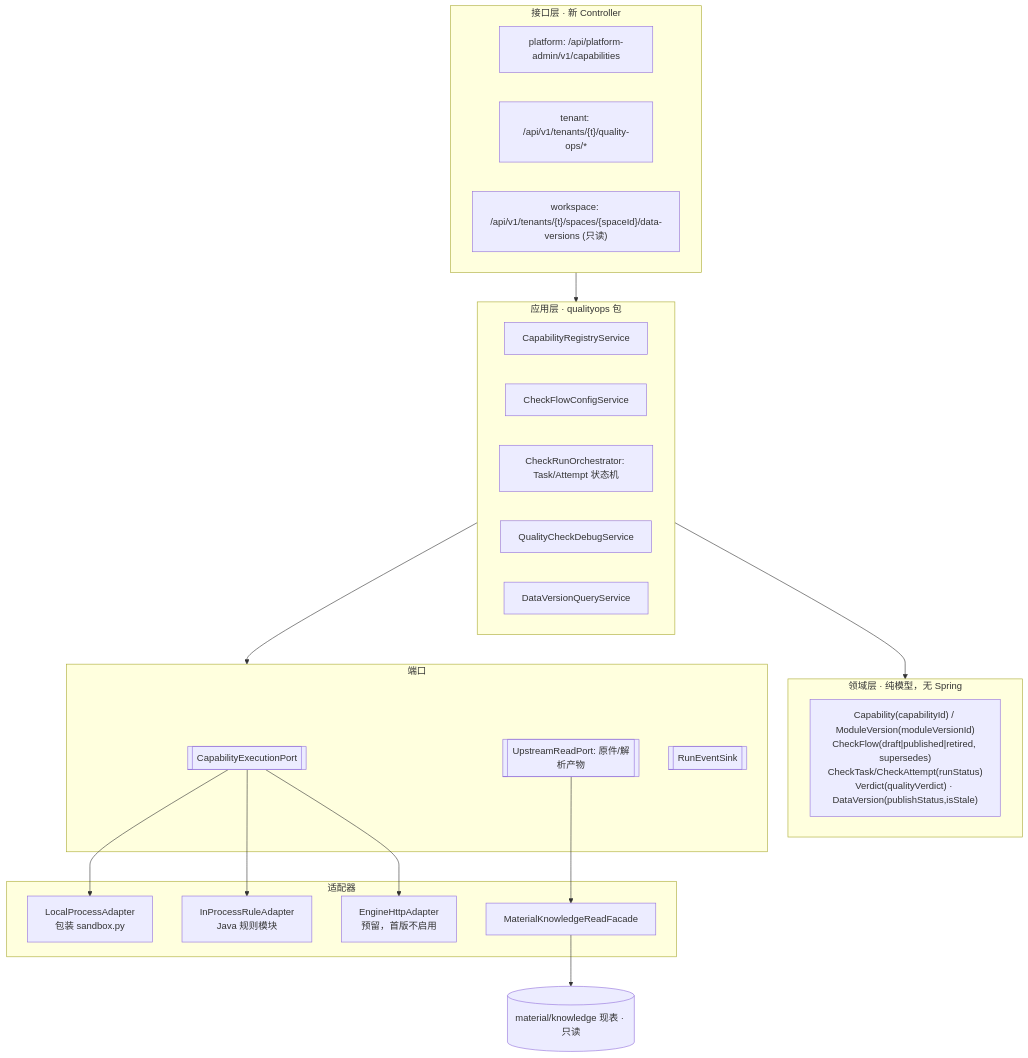
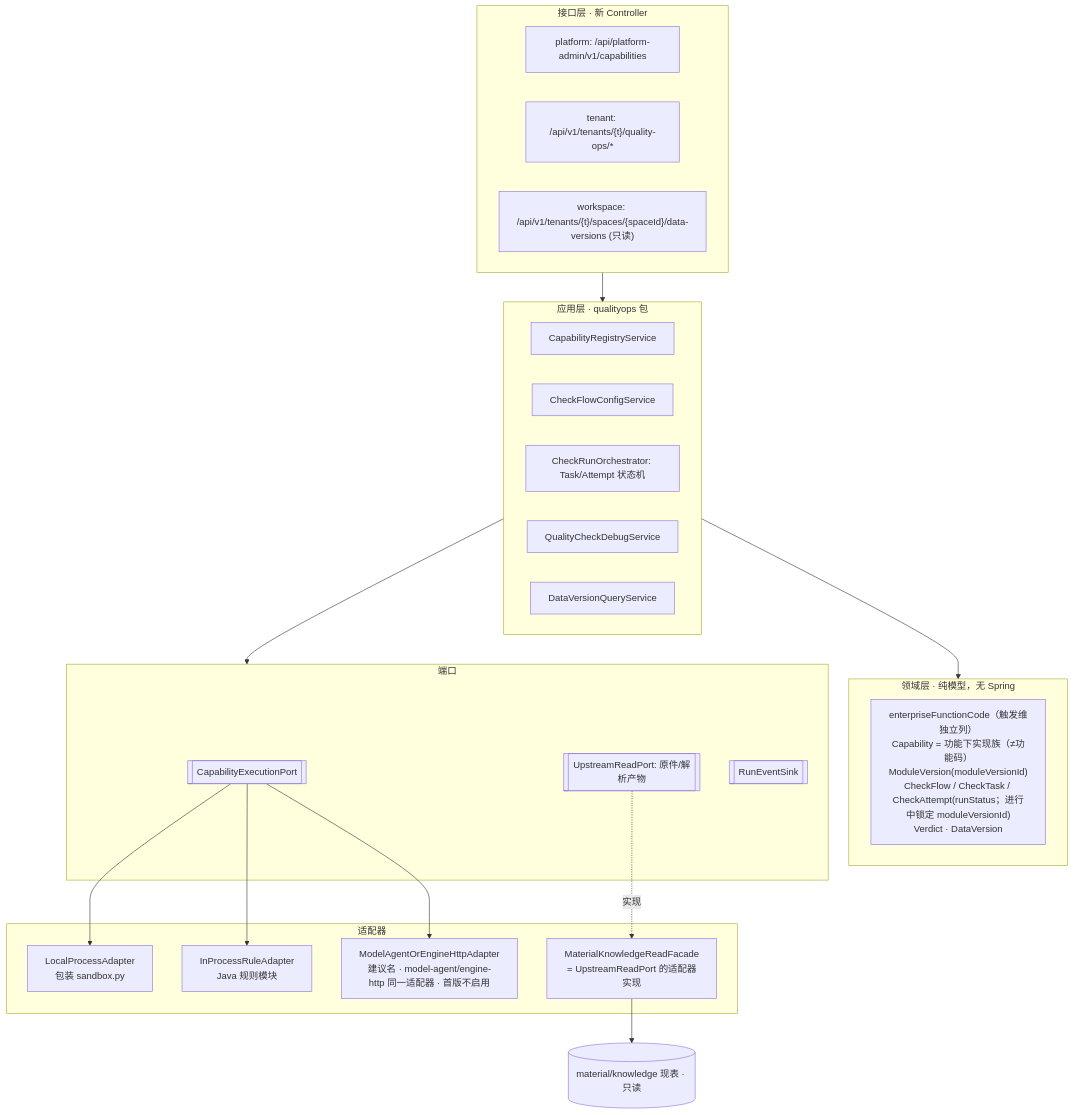
One commit to luofanghao9784/mengine-app changed the diagram in docs/architecture/backend-v0/02-目标分层.md. Above: the diagram before and after it, drawn with Mermaid. The commit also changed other lines of this file and 5 other files, not shown here.

First line of the commit message:
docs(architecture): backend-v0 专家必改 follow-up（功能码/锁定/硬限） (#13)

````diff
--- a/docs/architecture/backend-v0/02-目标分层.md
+++ b/docs/architecture/backend-v0/02-目标分层.md
@@ -7,33 +7,33 @@
 ```mermaid
 flowchart TB
   subgraph Interface[接口层 · 新 Controller]
     PA["platform: /api/platform-admin/v1/capabilities"]
     TA["tenant: /api/v1/tenants/{t}/quality-ops/*"]
     WS["workspace: /api/v1/tenants/{t}/spaces/{spaceId}/data-versions (只读)"]
   end
   subgraph App[应用层 · qualityops 包]
     Reg[CapabilityRegistryService]
     Flow[CheckFlowConfigService]
     Run[CheckRunOrchestrator: Task/Attempt 状态机]
     Dbg[QualityCheckDebugService]
     Ver[DataVersionQueryService]
   end
   subgraph Domain[领域层 · 纯模型，无 Spring]
-    M["Capability(capabilityId) / ModuleVersion(moduleVersionId)<br/>CheckFlow(draft|published|retired, supersedes)<br/>CheckTask/CheckAttempt(runStatus)<br/>Verdict(qualityVerdict) · DataVersion(publishStatus,isStale)"]
+    M["enterpriseFunctionCode（触发维独立列）<br/>Capability = 功能下实现族（≠功能码）<br/>ModuleVersion(moduleVersionId)<br/>CheckFlow / CheckTask / CheckAttempt(runStatus；进行中锁定 moduleVersionId)<br/>Verdict · DataVersion"]
   end
   subgraph Port[端口]
     CEP[[CapabilityExecutionPort]]
     UP[[UpstreamReadPort: 原件/解析产物]]
     EV[[RunEventSink]]
   end
   subgraph Adapter[适配器]
     LP[LocalProcessAdapter<br/>包装 sandbox.py]
     IP[InProcessRuleAdapter<br/>Java 规则模块]
-    EA[EngineHttpAdapter<br/>预留，首版不启用]
-    MF[MaterialKnowledgeReadFacade]
+    MA["ModelAgentOrEngineHttpAdapter<br/>建议名 · model-agent/engine-http 同一适配器 · 首版不启用"]
+    MF["MaterialKnowledgeReadFacade<br/>= UpstreamReadPort 的适配器实现"]
   end
   Interface --> App --> Domain
   App --> Port
-  CEP --> LP & IP & EA
-  UP --> MF --> material[(material/knowledge 现表 · 只读)]
+  CEP --> LP & IP & MA
+  UP -.->|实现| MF --> material[(material/knowledge 现表 · 只读)]
 ```
````
